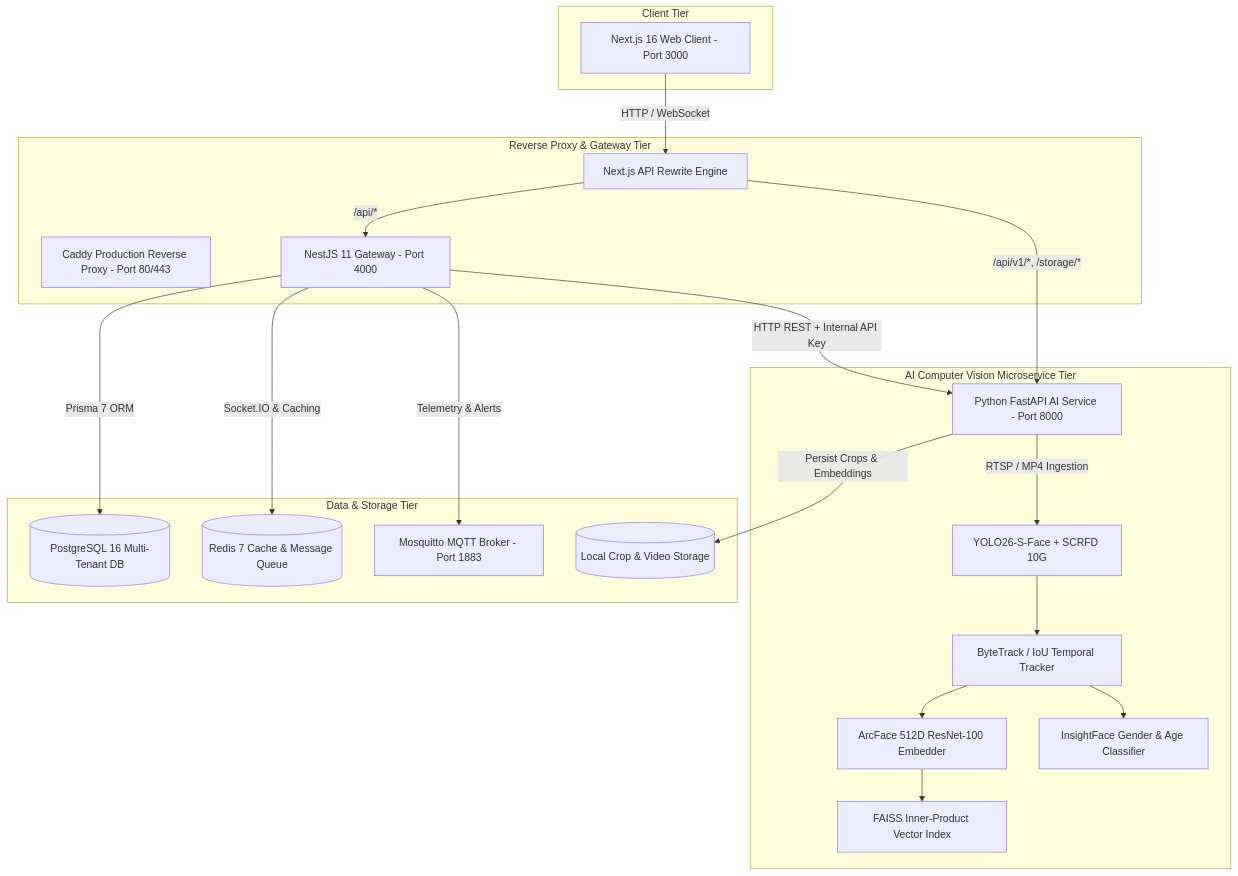
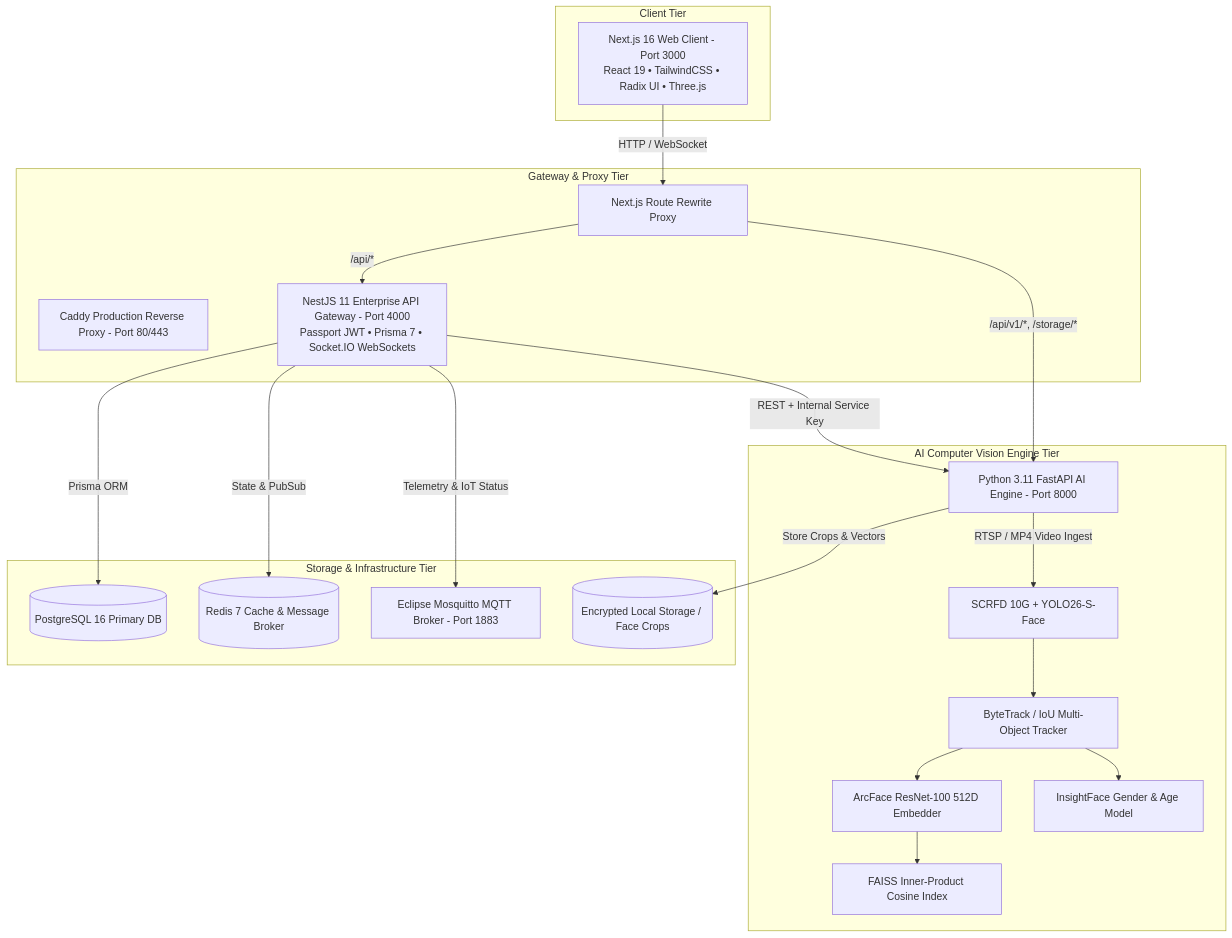
One commit to Rama-2805/PROJECT changed the diagram in README.md. Above: the diagram before and after it, drawn with Mermaid. The commit also changed other lines of this file, not shown here.

Commit message:
docs: overhaul README into enterprise-grade product documentation

````diff
--- a/README.md
+++ b/README.md
@@ -59,42 +67,42 @@
 ```mermaid
 graph TD
     subgraph Client Tier
-        Browser[Next.js 16 Web Client - Port 3000]
+        Web[Next.js 16 Web Client - Port 3000<br/>React 19 • TailwindCSS • Radix UI • Three.js]
     end
 
-    subgraph Reverse Proxy & Gateway Tier
+    subgraph Gateway & Proxy Tier
         Caddy[Caddy Production Reverse Proxy - Port 80/443]
-        NextProxy[Next.js API Rewrite Engine]
-        NestAPI[NestJS 11 Gateway - Port 4000]
+        NextProxy[Next.js Route Rewrite Proxy]
+        NestAPI[NestJS 11 Enterprise API Gateway - Port 4000<br/>Passport JWT • Prisma 7 • Socket.IO WebSockets]
     end
 
-    subgraph AI Computer Vision Microservice Tier
-        FastAPI[Python FastAPI AI Service - Port 8000]
-        Detector[YOLO26-S-Face + SCRFD 10G]
-        Tracker[ByteTrack / IoU Temporal Tracker]
-        Embedder[ArcFace 512D ResNet-100 Embedder]
-        GenderAge[InsightFace Gender & Age Classifier]
-        FAISS[FAISS Inner-Product Vector Index]
+    subgraph AI Computer Vision Engine Tier
+        FastAPI[Python 3.11 FastAPI AI Engine - Port 8000]
+        Detector[SCRFD 10G + YOLO26-S-Face]
+        Tracker[ByteTrack / IoU Multi-Object Tracker]
+        Embedder[ArcFace ResNet-100 512D Embedder]
+        GenderAge[InsightFace Gender & Age Model]
+        FAISS[FAISS Inner-Product Cosine Index]
     end
 
-    subgraph Data & Storage Tier
-        Postgres[(PostgreSQL 16 Multi-Tenant DB)]
-        Redis[(Redis 7 Cache & Message Queue)]
-        MQTT[Mosquitto MQTT Broker - Port 1883]
-        LocalFS[(Local Crop & Video Storage)]
+    subgraph Storage & Infrastructure Tier
+        Postgres[(PostgreSQL 16 Primary DB)]
+        Redis[(Redis 7 Cache & Message Broker)]
+        MQTT[Eclipse Mosquitto MQTT Broker - Port 1883]
+        LocalFS[(Encrypted Local Storage / Face Crops)]
     end
 
-    Browser -->|HTTP / WebSocket| NextProxy
+    Web -->|HTTP / WebSocket| NextProxy
     NextProxy -->|/api/*| NestAPI
     NextProxy -->|/api/v1/*, /storage/*| FastAPI
-    NestAPI -->|Prisma 7 ORM| Postgres
-    NestAPI -->|Socket.IO & Caching| Redis
-    NestAPI -->|HTTP REST + Internal API Key| FastAPI
-    FastAPI -->|RTSP / MP4 Ingestion| Detector
+    NestAPI -->|Prisma ORM| Postgres
+    NestAPI -->|State & PubSub| Redis
+    NestAPI -->|REST + Internal Service Key| FastAPI
+    FastAPI -->|RTSP / MP4 Video Ingest| Detector
     Detector --> Tracker
     Tracker --> Embedder
     Embedder --> FAISS
     Tracker --> GenderAge
-    FastAPI -->|Persist Crops & Embeddings| LocalFS
-    NestAPI -->|Telemetry & Alerts| MQTT
+    FastAPI -->|Store Crops & Vectors| LocalFS
+    NestAPI -->|Telemetry & IoT Status| MQTT
 ```
````
